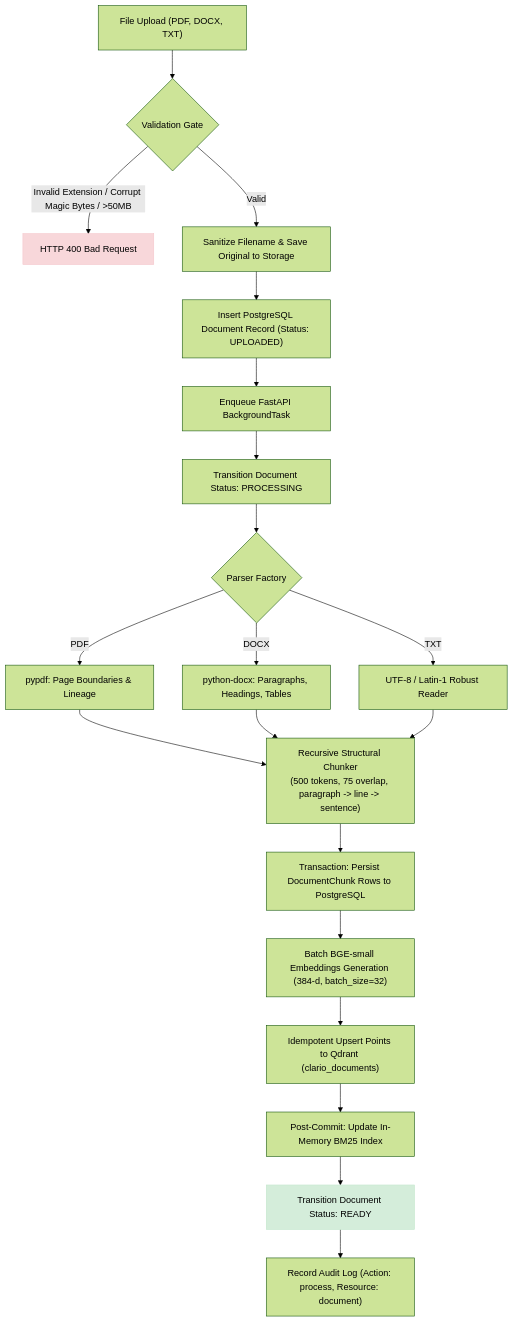
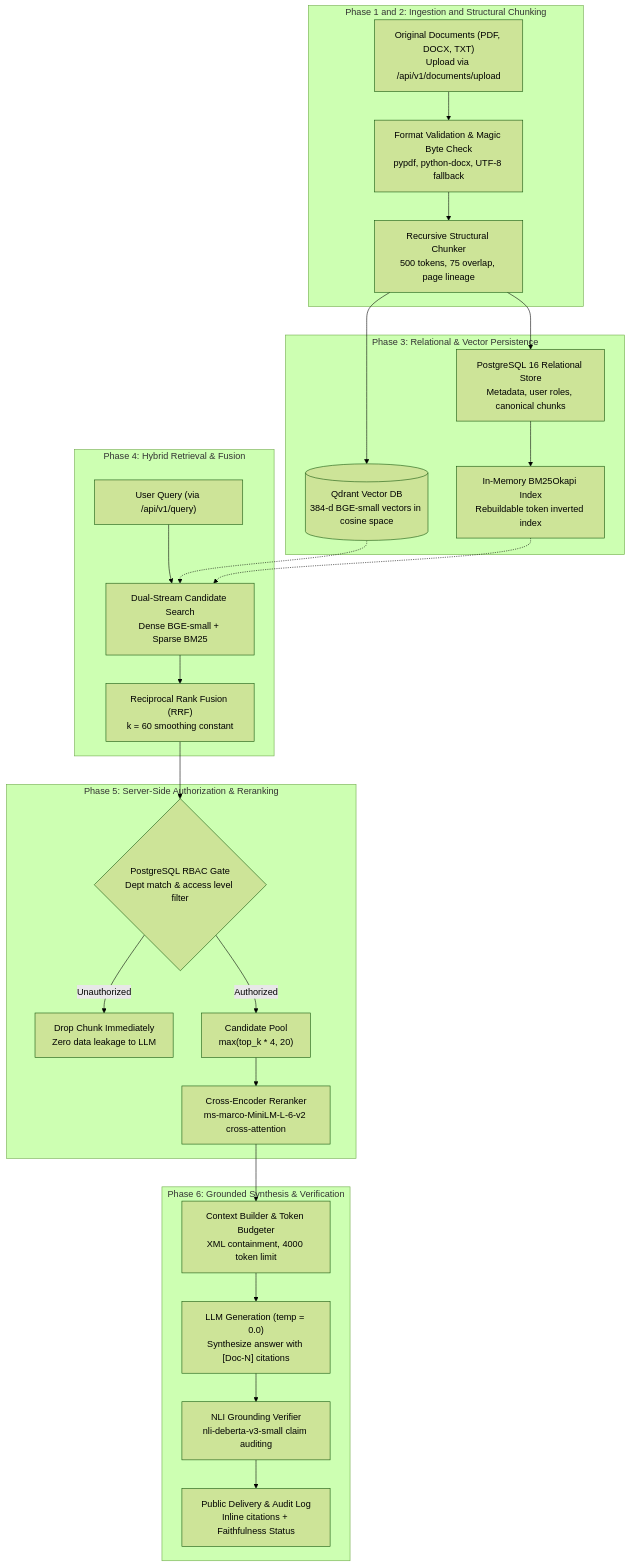
One commit to Jslxh/clario changed the diagram in README.md. Above: the diagram before and after it, drawn with Mermaid (forest theme). The commit also changed other lines of this file and 1 other file, not shown here.

````diff
--- a/README.md
+++ b/README.md
@@ -218,25 +19,35 @@
 ```mermaid
 flowchart TD
-    A["File Upload (PDF, DOCX, TXT)"] --> B{"Validation Gate"}
-    B -- "Invalid Extension / Corrupt Magic Bytes / >50MB" --> C["HTTP 400 Bad Request"]
-    B -- "Valid" --> D["Sanitize Filename & Save Original to Storage"]
-    D --> E["Insert PostgreSQL Document Record (Status: UPLOADED)"]
-    E --> F["Enqueue FastAPI BackgroundTask"]
-    F --> G["Transition Document Status: PROCESSING"]
-    G --> H{"Parser Factory"}
-    H -- "PDF" --> I["pypdf: Page Boundaries & Lineage"]
-    H -- "DOCX" --> J["python-docx: Paragraphs, Headings, Tables"]
-    H -- "TXT" --> K["UTF-8 / Latin-1 Robust Reader"]
-    I --> L["Recursive Structural Chunker<br/>(500 tokens, 75 overlap, paragraph -> line -> sentence)"]
-    J --> L
-    K --> L
-    L --> M["Transaction: Persist DocumentChunk Rows to PostgreSQL"]
-    M --> N["Batch BGE-small Embeddings Generation (384-d, batch_size=32)"]
-    N --> O["Idempotent Upsert Points to Qdrant (clario_documents)"]
-    O --> P["Post-Commit: Update In-Memory BM25 Index"]
-    P --> Q["Transition Document Status: READY"]
-    Q --> R["Record Audit Log (Action: process, Resource: document)"]
+    subgraph INGESTION ["Phase 1 and 2: Ingestion and Structural Chunking"]
+        A["Original Documents (PDF, DOCX, TXT)<br/>Upload via /api/v1/documents/upload"] --> B["Format Validation & Magic Byte Check<br/>pypdf, python-docx, UTF-8 fallback"]
+        B --> C["Recursive Structural Chunker<br/>500 tokens, 75 overlap, page lineage"]
+    end
 
-    style C fill:#f8d7da,stroke:#f5c6cb
-    style Q fill:#d4edda,stroke:#c3e6cb
+    subgraph STORAGE ["Phase 3: Relational & Vector Persistence"]
+        C --> D["PostgreSQL 16 Relational Store<br/>Metadata, user roles, canonical chunks"]
+        C --> E[("Qdrant Vector DB<br/>384-d BGE-small vectors in cosine space")]
+        D --> F["In-Memory BM25Okapi Index<br/>Rebuildable token inverted index"]
+    end
+
+    subgraph RETRIEVAL ["Phase 4: Hybrid Retrieval & Fusion"]
+        G["User Query (via /api/v1/query)"] --> H["Dual-Stream Candidate Search<br/>Dense BGE-small + Sparse BM25"]
+        H --> I["Reciprocal Rank Fusion (RRF)<br/>k = 60 smoothing constant"]
+    end
+
+    subgraph SECURITY ["Phase 5: Server-Side Authorization & Reranking"]
+        I --> J{"PostgreSQL RBAC Gate<br/>Dept match & access level filter"}
+        J -- "Unauthorized" --> K["Drop Chunk Immediately<br/>Zero data leakage to LLM"]
+        J -- "Authorized" --> L["Candidate Pool<br/>max(top_k * 4, 20)"]
+        L --> M["Cross-Encoder Reranker<br/>ms-marco-MiniLM-L-6-v2 cross-attention"]
+    end
+
+    subgraph GENERATION ["Phase 6: Grounded Synthesis & Verification"]
+        M --> N["Context Builder & Token Budgeter<br/>XML containment, 4000 token limit"]
+        N --> O["LLM Generation (temp = 0.0)<br/>Synthesize answer with [Doc-N] citations"]
+        O --> P["NLI Grounding Verifier<br/>nli-deberta-v3-small claim auditing"]
+        P --> Q["Public Delivery & Audit Log<br/>Inline citations + Faithfulness Status"]
+    end
+
+    E -.-> H
+    F -.-> H
 ```
````
